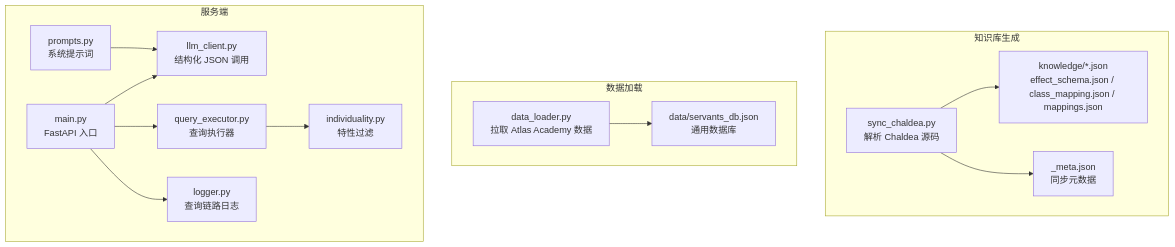
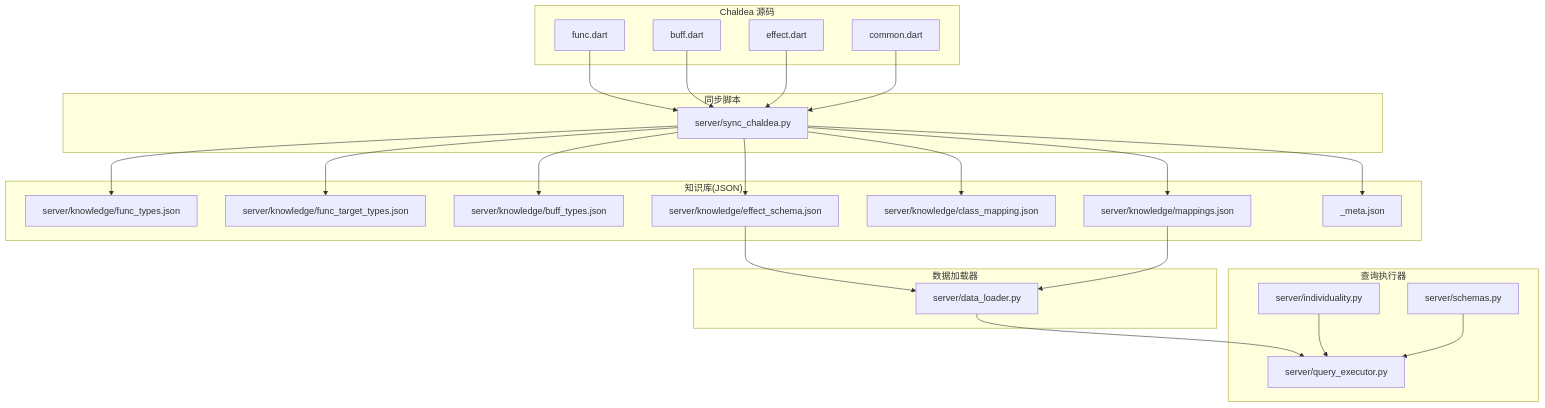
Before and after one commit to kanoha222/Laplace: the first of 8 diagrams in .qoder/repowiki/zh/content/知识库系统/知识库系统.md, drawn with Mermaid. The commit also changed other lines of this file and 54 other files, not shown here.

````diff
--- a/.qoder/repowiki/zh/content/知识库系统/知识库系统.md
+++ b/.qoder/repowiki/zh/content/知识库系统/知识库系统.md
@@ -60,28 +47,45 @@
 ```mermaid
 graph TB
-subgraph "知识库生成"
-SYNC["sync_chaldea.py<br/>解析 Chaldea 源码"]
-META["_meta.json<br/>同步元数据"]
-K["knowledge/*.json<br/>effect_schema.json / class_mapping.json / mappings.json"]
+subgraph "Chaldea 源码"
+D1["func.dart"]
+D2["buff.dart"]
+D3["effect.dart"]
+D4["common.dart"]
 end
-subgraph "数据加载"
-DL["data_loader.py<br/>拉取 Atlas Academy 数据"]
-DB["data/servants_db.json<br/>通用数据库"]
+subgraph "同步脚本"
+S1["server/sync_chaldea.py"]
 end
-subgraph "服务端"
-MAIN["main.py<br/>FastAPI 入口"]
-PROMPT["prompts.py<br/>系统提示词"]
-LLM["llm_client.py<br/>结构化 JSON 调用"]
-EXEC["query_executor.py<br/>查询执行器"]
-IND["individuality.py<br/>特性过滤"]
-LOG["logger.py<br/>查询链路日志"]
+subgraph "知识库(JSON)"
+K1["server/knowledge/func_types.json"]
+K2["server/knowledge/func_target_types.json"]
+K3["server/knowledge/buff_types.json"]
+K4["server/knowledge/effect_schema.json"]
+K5["server/knowledge/class_mapping.json"]
+K6["server/knowledge/mappings.json"]
+K7["_meta.json"]
 end
-SYNC --> K
-SYNC --> META
-DL --> DB
-MAIN --> LLM
-MAIN --> EXEC
-PROMPT --> LLM
-EXEC --> IND
-MAIN --> LOG
+subgraph "数据加载器"
+L1["server/data_loader.py"]
+end
+subgraph "查询执行器"
+Q1["server/query_executor.py"]
+I1["server/individuality.py"]
+SC["server/schemas.py"]
+end
+D1 --> S1
+D2 --> S1
+D3 --> S1
+D4 --> S1
+S1 --> K1
+S1 --> K2
+S1 --> K3
+S1 --> K4
+S1 --> K5
+S1 --> K6
+S1 --> K7
+K4 --> L1
+K6 --> L1
+L1 --> Q1
+I1 --> Q1
+SC --> Q1
 ```
````
